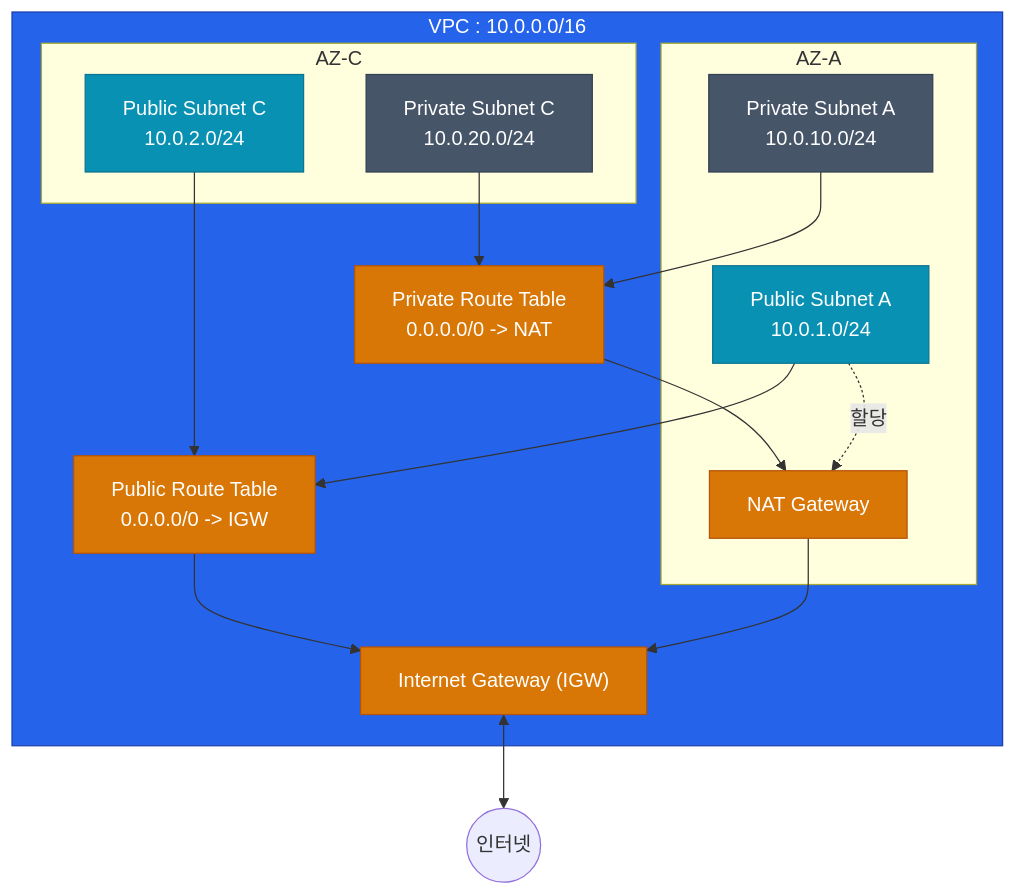
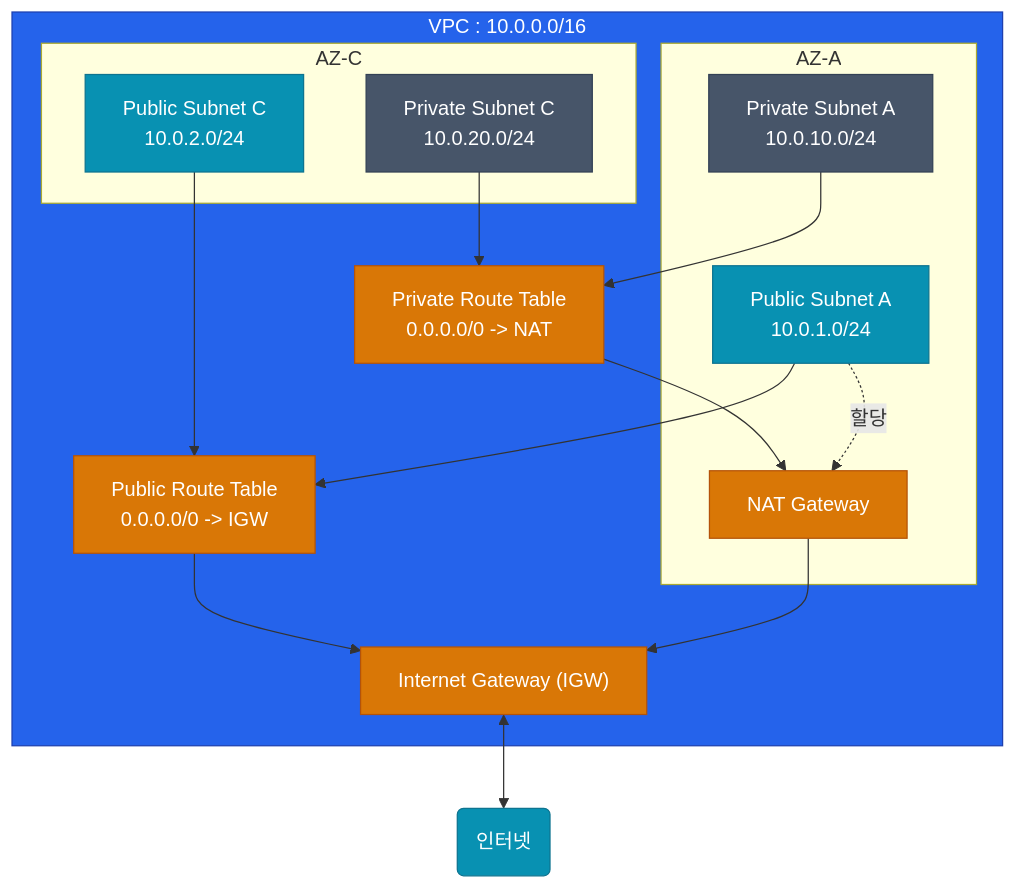
Before and after one commit to No1Joon/No1Joon.github.io: the diagram in _posts/cloud-infrastructure/2026-04-20-aws-02-network.md, drawn with Mermaid. The commit also changed other lines of this file and 36 other files, not shown here.

````diff
--- a/_posts/cloud-infrastructure/2026-04-20-aws-02-network.md
+++ b/_posts/cloud-infrastructure/2026-04-20-aws-02-network.md
@@ -21,43 +21,47 @@
 ```mermaid
 flowchart TB
     subgraph _vpc [VPC : 10.0.0.0/16]
         IGW["Internet Gateway (IGW)"]
         RT_PUB["Public Route Table<br/>0.0.0.0/0 -> IGW"]
         RT_PRIV["Private Route Table<br/>0.0.0.0/0 -> NAT"]
 
         subgraph az_a [AZ-A]
             PUB_A["Public Subnet A<br/>10.0.1.0/24"]
             PRIV_A["Private Subnet A<br/>10.0.10.0/24"]
             NAT_A["NAT Gateway"]
             
             PUB_A -.->|"할당"| NAT_A
         end
 
         subgraph az_c [AZ-C]
             PUB_C["Public Subnet C<br/>10.0.2.0/24"]
             PRIV_C["Private Subnet C<br/>10.0.20.0/24"]
         end
     end
     
-    INTERNET((인터넷))
+    INTERNET("인터넷")
 
     PUB_A --> RT_PUB
     PUB_C --> RT_PUB
     RT_PUB --> IGW
     IGW <--> INTERNET
 
     PRIV_A --> RT_PRIV
     PRIV_C --> RT_PRIV
     RT_PRIV --> NAT_A
     NAT_A --> IGW
 
     classDef primary fill:#2563eb,stroke:#1e40af,color:#ffffff
+    classDef success fill:#059669,stroke:#047857,color:#ffffff
+    classDef warn fill:#d97706,stroke:#b45309,color:#ffffff
+    classDef danger fill:#dc2626,stroke:#991b1b,color:#ffffff
     classDef info fill:#0891b2,stroke:#0e7490,color:#ffffff
     classDef neutral fill:#475569,stroke:#334155,color:#ffffff
-    classDef warn fill:#d97706,stroke:#b45309,color:#ffffff
+    classDef muted fill:#e2e8f0,stroke:#94a3b8,color:#0f172a
 
     class _vpc primary
     class PUB_A,PUB_C info
     class PRIV_A,PRIV_C neutral
     class NAT_A,IGW,RT_PUB,RT_PRIV warn
+    class INTERNET info
 ```
````
